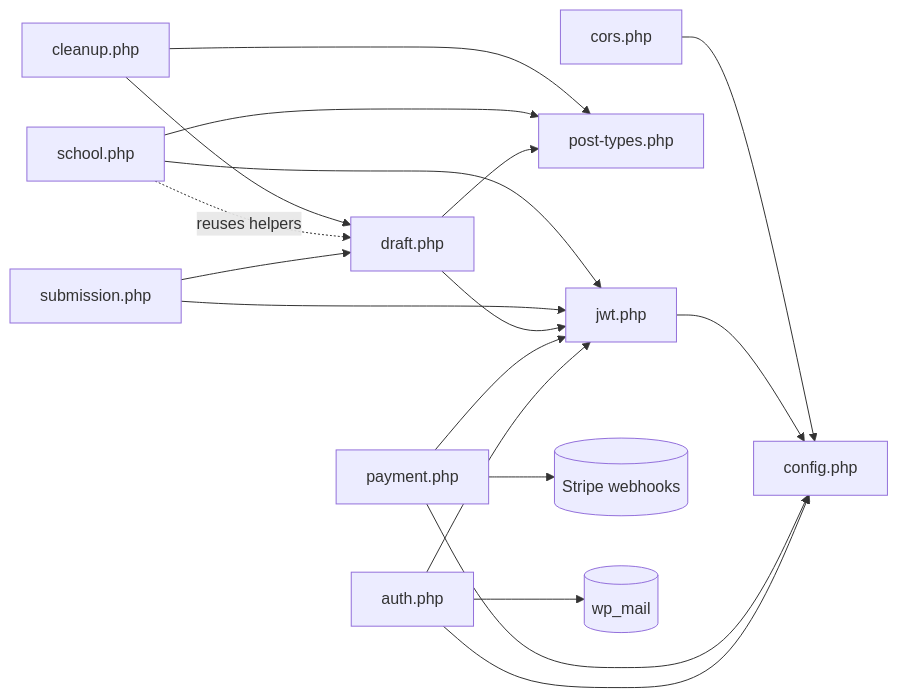
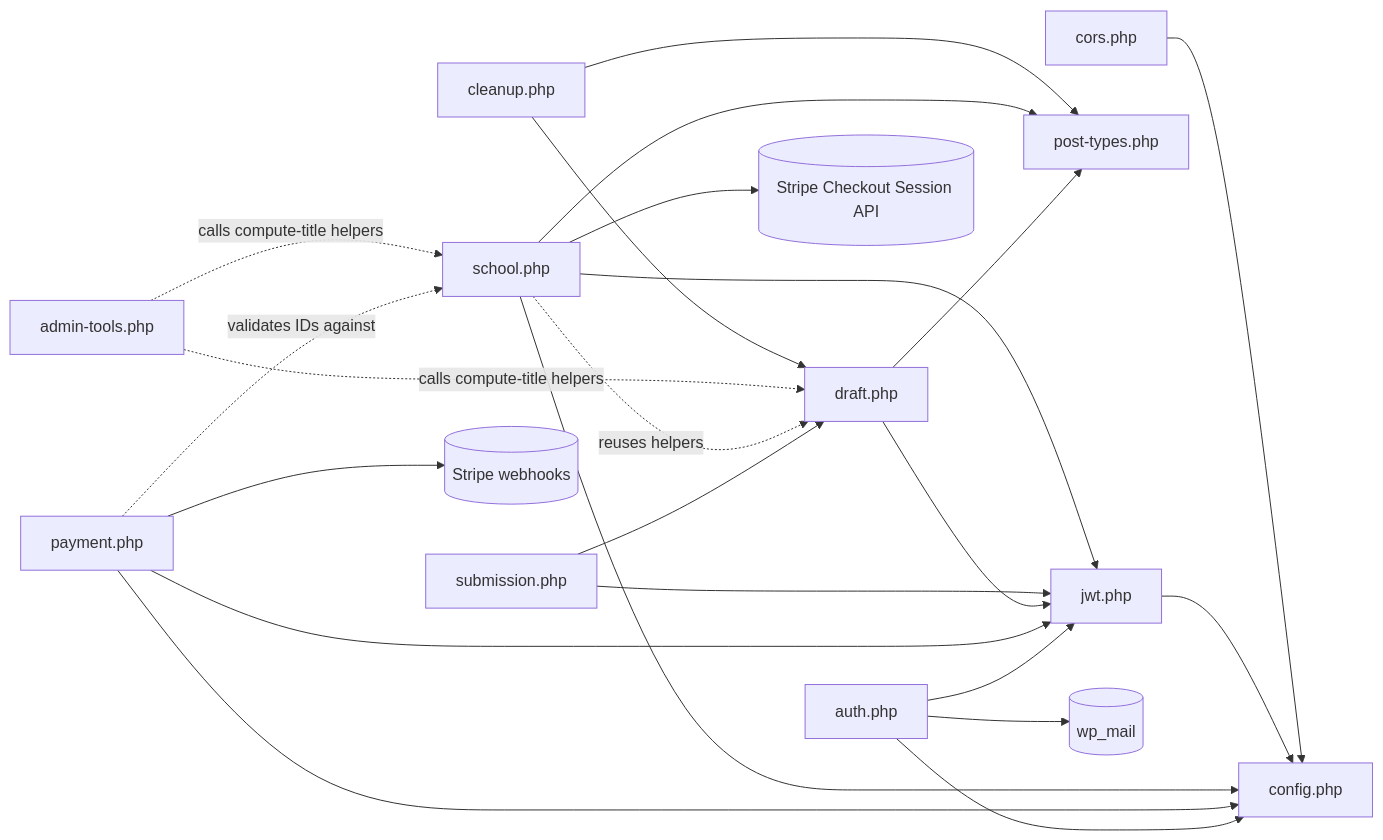
One commit to huuaho/umg-headless changed the diagram in docs/codebase/plugin/umg-photo-contest/includes/README.md. Above: the diagram before and after it, drawn with Mermaid. The commit also changed other lines of this file and 29 other files, not shown here.

````diff
--- a/docs/codebase/plugin/umg-photo-contest/includes/README.md
+++ b/docs/codebase/plugin/umg-photo-contest/includes/README.md
@@ -20,20 +21,25 @@
 ```mermaid
 graph LR
   auth[auth.php] --> jwt[jwt.php]
   auth --> config[config.php]
   payment[payment.php] --> jwt
   payment --> config
   draft[draft.php] --> jwt
   draft --> cpt[post-types.php]
   submission[submission.php] --> jwt
   submission --> draft
   school[school.php] --> jwt
   school --> cpt
+  school --> config
   school -.reuses helpers.-> draft
+  payment -.validates IDs against.-> school
+  admin[admin-tools.php] -.calls compute-title helpers.-> draft
+  admin -.calls compute-title helpers.-> school
   cleanup[cleanup.php] --> draft
   cleanup --> cpt
   jwt --> config
   cors[cors.php] --> config
   payment --> stripe[(Stripe webhooks)]
+  school --> stripe2[(Stripe Checkout Session API)]
   auth --> mail[(wp_mail)]
 ```
````
